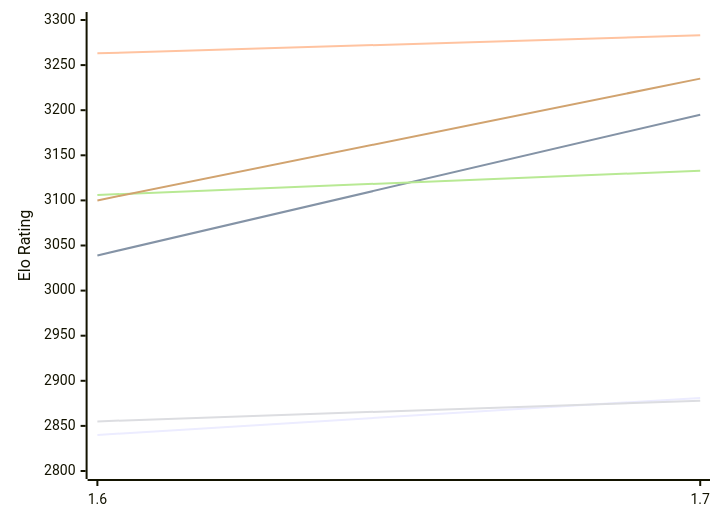
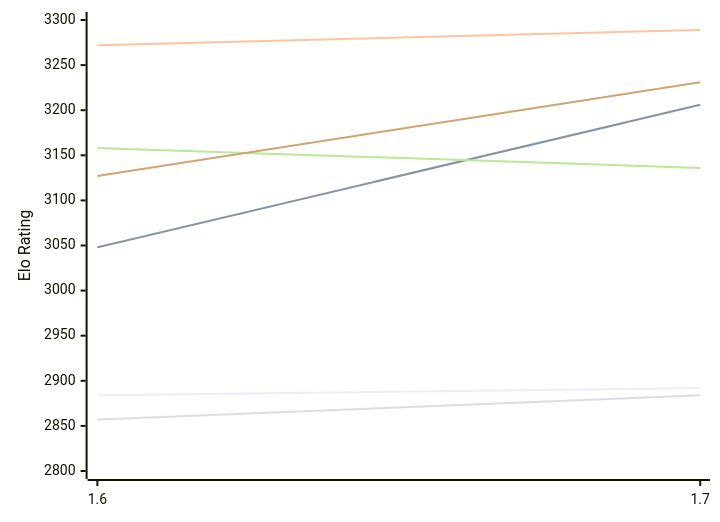
One commit to computer-chess-index/cci changed the first of 2 diagrams in engines/Bitbit.md. Above: the diagram before and after it, drawn with Mermaid. The commit also changed other lines of this file, not shown here.

Commit message:
Update CCI Ratings (ELO VLTC) - 2026-11-16

````diff
--- a/engines/Bitbit.md
+++ b/engines/Bitbit.md
@@ -50,12 +50,12 @@
 ```mermaid
 %%{init: {"theme":"base","themeVariables":{"seriesColors:['#a3a3a3','#222221','#faa371']}}}%%
 xychart-beta
   x-axis ["1.6", "1.7"]
   y-axis "Elo Rating" 2800 --> 3300
-  line "E1: STC (8.0+0.08s)" [2840, 2881]
-  line "E1: LTC (60.0+0.60s)" [3039, 3195]
-  line "E1: VLTC (2m24s+1.12s)" [3263, 3283]
-  line "P1: STC (8.0+0.08s)" [2855, 2878]
-  line "P1: LTC (60.0+0.60s)" [3106, 3133]
-  line "P1: VLTC (2m24s+1.12s)" [3100, 3235]
+  line "E1: STC (8.0+0.08s)" [2884, 2892]
+  line "E1: LTC (60.0+0.60s)" [3048, 3206]
+  line "E1: VLTC (2m24s+1.12s)" [3272, 3289]
+  line "P1: STC (8.0+0.08s)" [2857, 2884]
+  line "P1: LTC (60.0+0.60s)" [3158, 3136]
+  line "P1: VLTC (2m24s+1.12s)" [3127, 3231]
 ```
````
